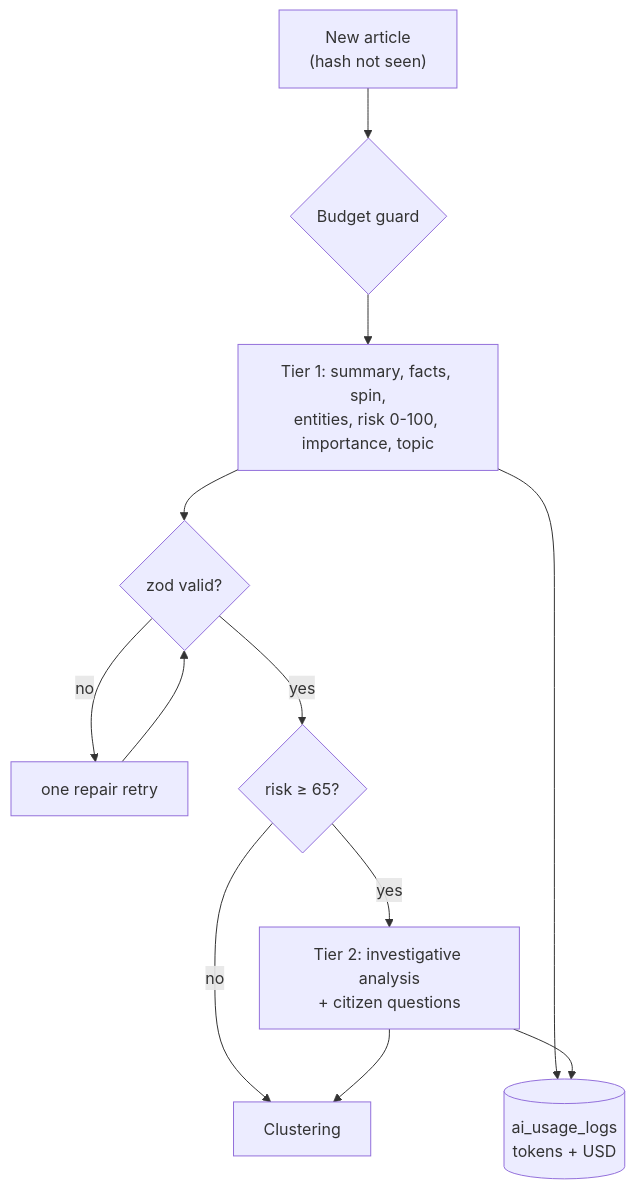
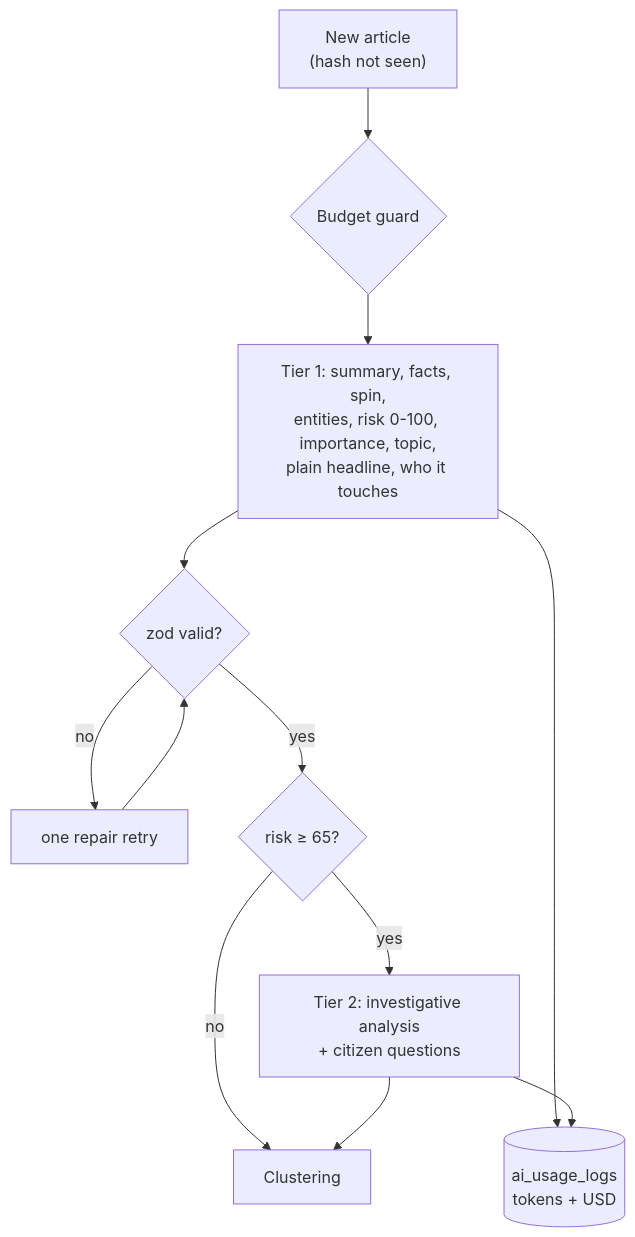
One commit to tmorius-eng/UNENMEDEE changed the second of 2 diagrams in docs/ARCHITECTURE.md. Above: the diagram before and after it, drawn with Mermaid. The commit also changed other lines of this file and 26 other files, not shown here.

````diff
--- a/docs/ARCHITECTURE.md
+++ b/docs/ARCHITECTURE.md
@@ -166,12 +166,12 @@
 ```mermaid
 flowchart TD
   N["New article<br/>(hash not seen)"] --> G{"Budget guard"}
-  G --> T1["Tier 1: summary, facts, spin,<br/>entities, risk 0-100, importance, topic"]
+  G --> T1["Tier 1: summary, facts, spin,<br/>entities, risk 0-100, importance, topic,<br/>plain headline, who it touches"]
   T1 --> Z{"zod valid?"}
   Z -- no --> RP["one repair retry"] --> Z
   Z -- yes --> R{"risk ≥ 65?"}
   R -- yes --> T2["Tier 2: investigative analysis<br/>+ citizen questions"]
   R -- no --> C["Clustering"]
   T2 --> C
   T1 & T2 --> L[("ai_usage_logs<br/>tokens + USD")]
 ```
````
